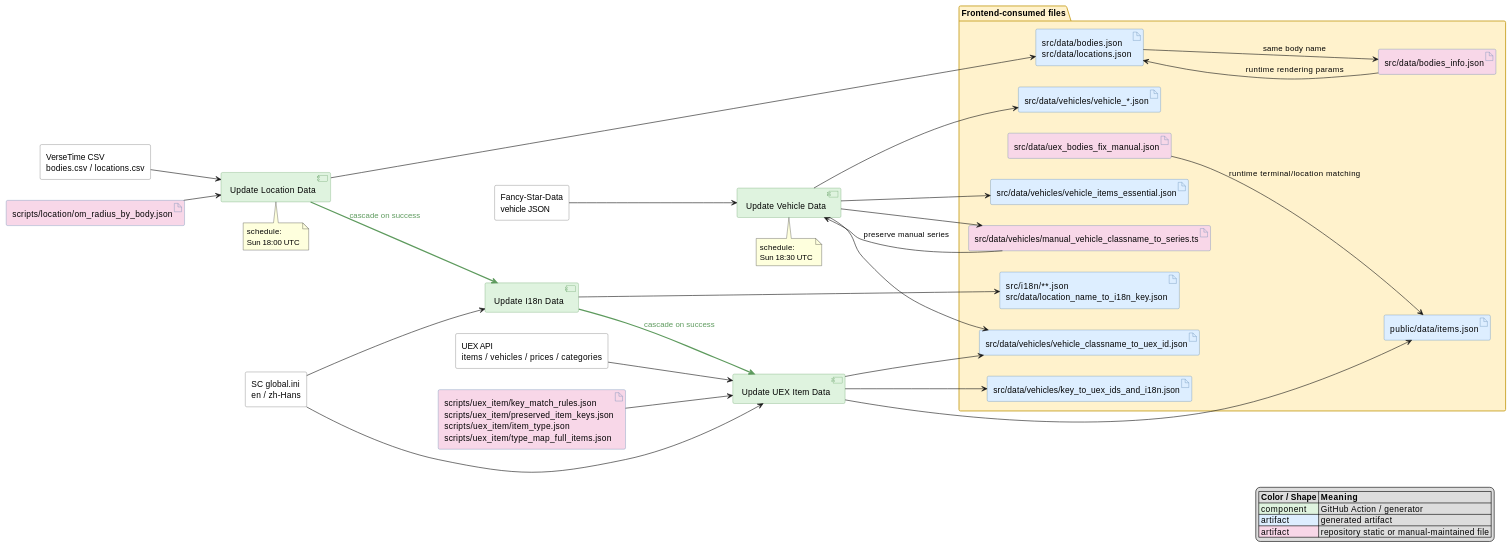
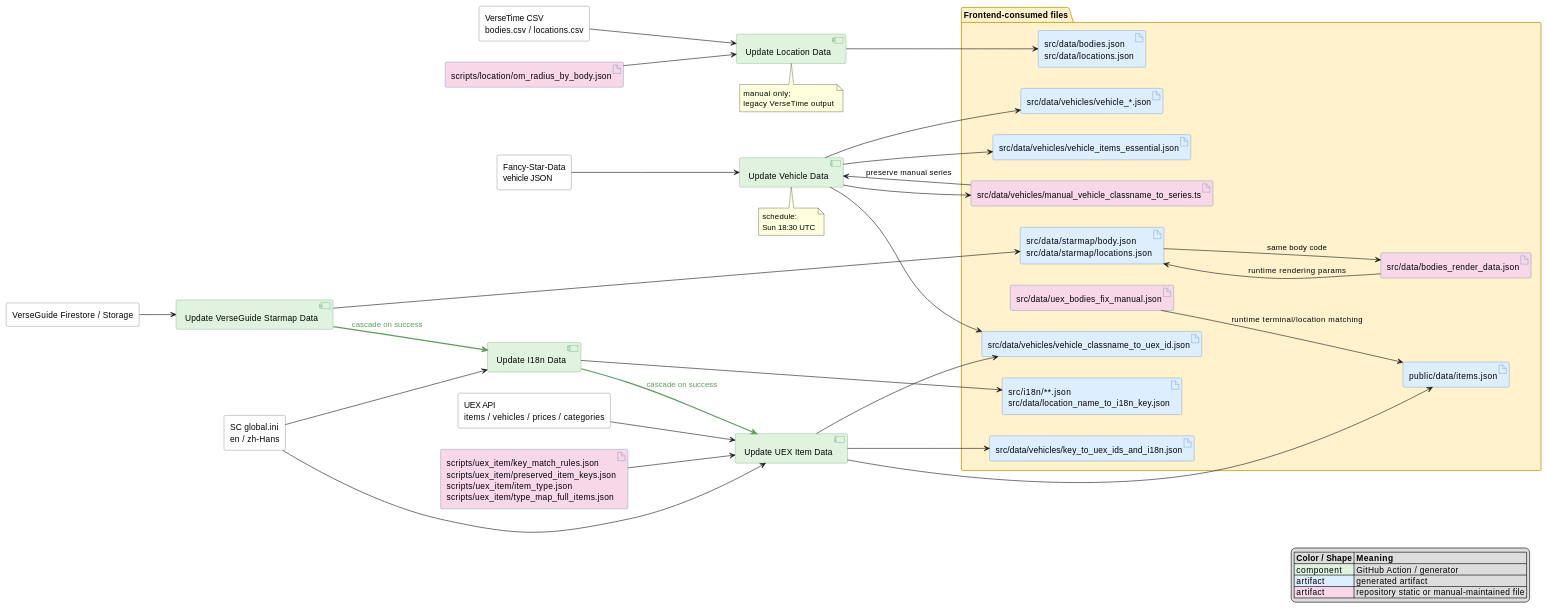
Before and after one commit to GrakePch/FSD-item-finder: the diagram in docs/data-flow.md, drawn with PlantUML. The commit also changed other lines of this file and 4 other files, not shown here.

Commit message:
ci(data): download starmap snapshots from data repo

```diff
--- a/docs/data-flow.md
+++ b/docs/data-flow.md
@@ -27,9 +27,12 @@
 rectangle "VerseTime CSV\nbodies.csv / locations.csv" as VT
 component "Update Location Data" as LOC_ACTION
 note bottom of LOC_ACTION
-  schedule:
-  Sun 18:00 UTC
+  manual only;
+  legacy VerseTime output
 end note
+
+rectangle "VerseGuide Firestore / Storage" as VG
+component "Update VerseGuide Starmap Data" as VG_ACTION
 
 rectangle "SC global.ini\nen / zh-Hans" as INI
 component "Update I18n Data" as I18N_ACTION
@@ -51,7 +54,8 @@
   artifact "public/data/items.json" as ITEM
   artifact "src/i18n/**.json\nsrc/data/location_name_to_i18n_key.json" as I18N
   artifact "src/data/bodies.json\nsrc/data/locations.json" as LOC
-  artifact "src/data/bodies_info.json" as BODIES_INFO #F8D7E8
+  artifact "src/data/starmap/body.json\nsrc/data/starmap/locations.json" as VG_LOC
+  artifact "src/data/bodies_render_data.json" as BODIES_INFO #F8D7E8
   artifact "src/data/uex_bodies_fix_manual.json" as RUNTIME_STATIC #F8D7E8
   artifact "src/data/vehicles/vehicle_*.json" as VEHICLE_DATA
   artifact "src/data/vehicles/vehicle_items_essential.json" as VEHICLE_ITEMS
@@ -63,7 +67,10 @@
 VT --> LOC_ACTION
 LOC_STATIC --> LOC_ACTION
 LOC_ACTION --> LOC
-LOC_ACTION -[#5D9A5D,thickness=2]-> I18N_ACTION : <color:#5D9A5D>cascade on success</color>
+
+VG --> VG_ACTION
+VG_ACTION --> VG_LOC
+VG_ACTION -[#5D9A5D,thickness=2]-> I18N_ACTION : <color:#5D9A5D>cascade on success</color>
 
 INI --> I18N_ACTION
 I18N_ACTION --> I18N
@@ -83,8 +90,8 @@
 VEHICLE_ACTION --> MANUAL_SERIES
 VEHICLE_ACTION --> VEHICLE_UEX
 
-LOC --> BODIES_INFO : same body name
-BODIES_INFO --> LOC : runtime rendering params
+VG_LOC --> BODIES_INFO : same body code
+BODIES_INFO --> VG_LOC : runtime rendering params
 RUNTIME_STATIC --> ITEM : runtime terminal/location matching
 
 legend right
```
